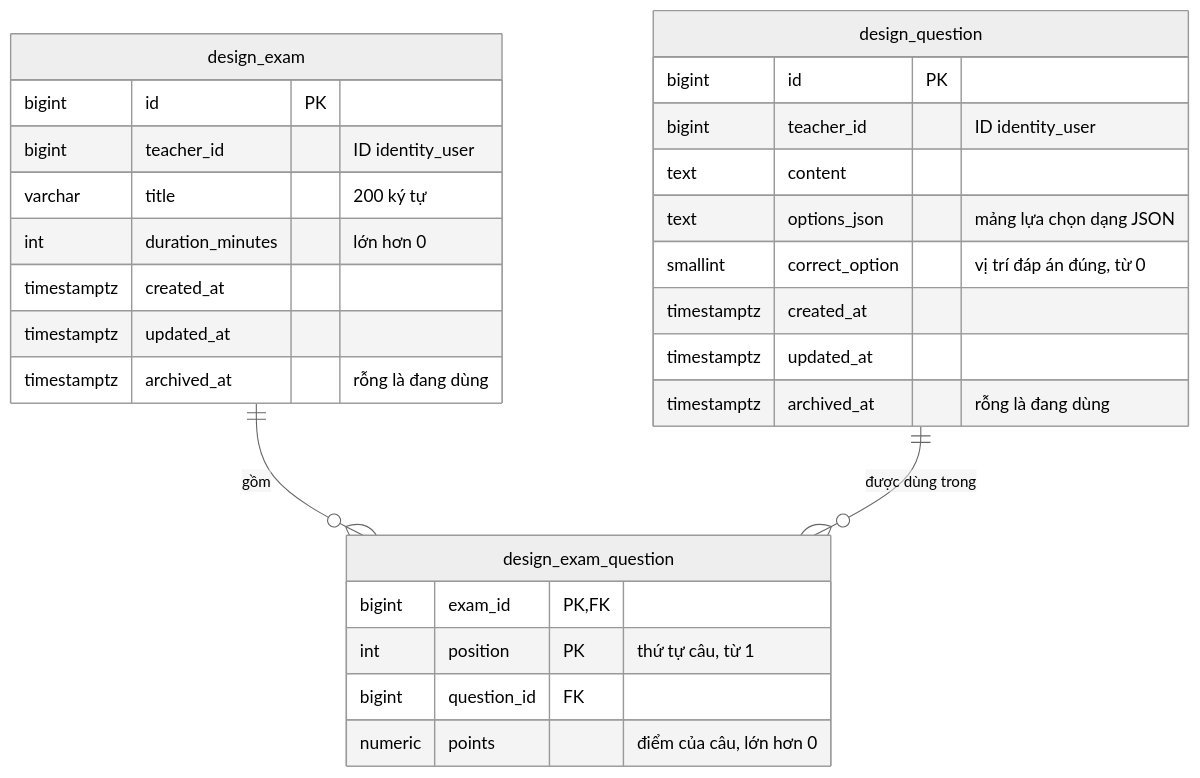
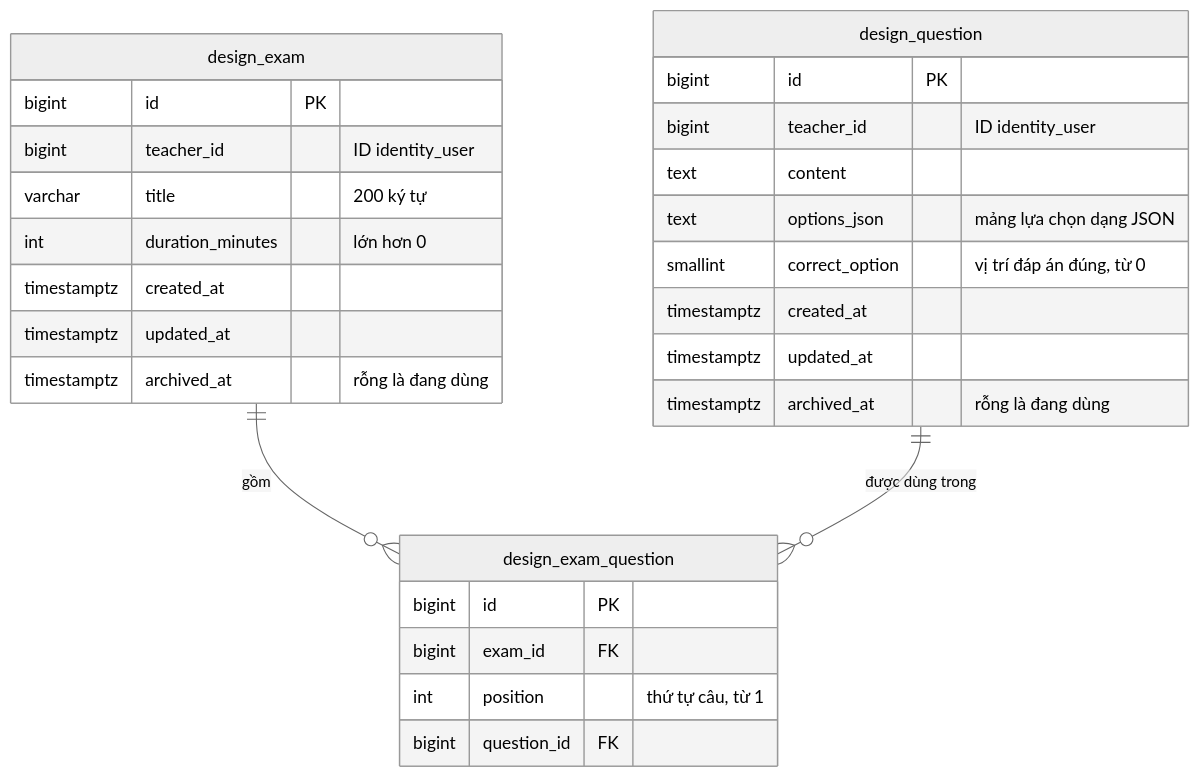
Before and after one commit to zindo511/Exam-Practice: the second of 4 diagrams in docs/database.md, drawn with Mermaid (neutral theme). The commit also changed other lines of this file and 13 other files, not shown here.

````diff
--- a/docs/database.md
+++ b/docs/database.md
@@ -48,30 +48,30 @@
 ```mermaid
 erDiagram
     design_question {
         bigint id PK
         bigint teacher_id "ID identity_user"
         text content
         text options_json "mảng lựa chọn dạng JSON"
         smallint correct_option "vị trí đáp án đúng, từ 0"
         timestamptz created_at
         timestamptz updated_at
         timestamptz archived_at "rỗng là đang dùng"
     }
     design_exam {
         bigint id PK
         bigint teacher_id "ID identity_user"
         varchar title "200 ký tự"
         int duration_minutes "lớn hơn 0"
         timestamptz created_at
         timestamptz updated_at
         timestamptz archived_at "rỗng là đang dùng"
     }
     design_exam_question {
-        bigint exam_id PK, FK
-        int position PK "thứ tự câu, từ 1"
+        bigint id PK
+        bigint exam_id FK
+        int position "thứ tự câu, từ 1"
         bigint question_id FK
-        numeric points "điểm của câu, lớn hơn 0"
     }
     design_exam ||--o{ design_exam_question : "gồm"
     design_question ||--o{ design_exam_question : "được dùng trong"
 ```
````
